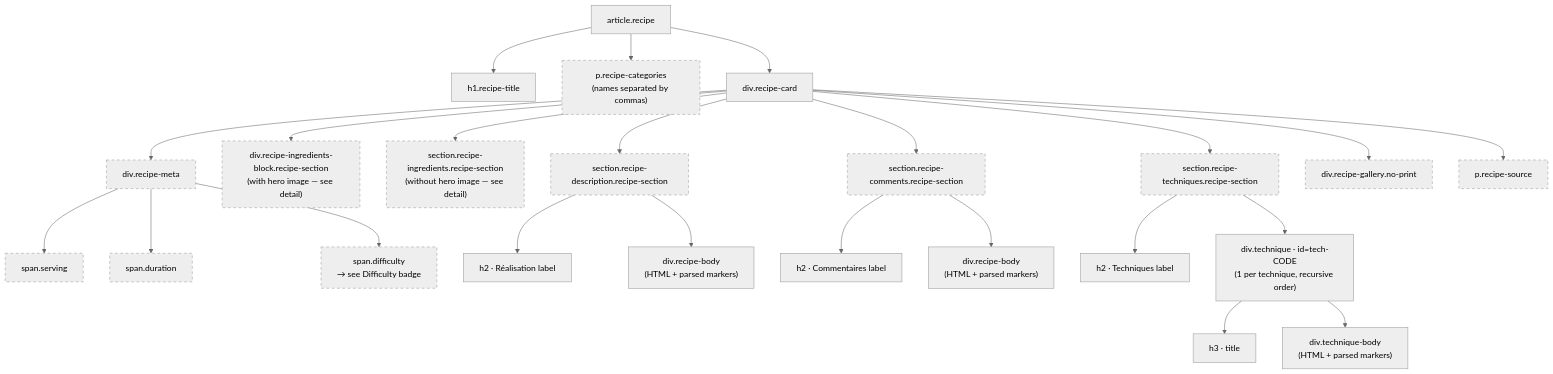
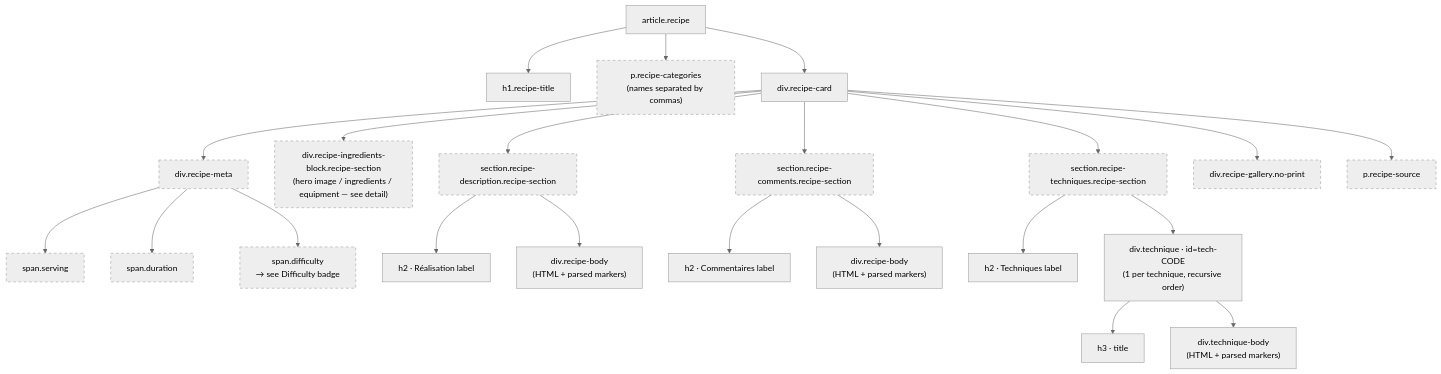
Before and after one commit to ppoilbarbe/PBRecipe: the first of 6 diagrams in docs/dom_recipe.rst, drawn with Mermaid (neutral theme). The commit also changed other lines of this file and 44 other files, not shown here.

```diff
--- a/docs/dom_recipe.rst
+++ b/docs/dom_recipe.rst
@@ -11,35 +11,34 @@
 .. mermaid::
 
    graph TD
        classDef opt stroke-dasharray:5 5
 
        article["article.recipe"]
 
        article --> h1["h1.recipe-title"]
        article --> cats["p.recipe-categories<br/>(names separated by commas)"]:::opt
        article --> card["div.recipe-card"]
 
        card --> meta["div.recipe-meta"]:::opt
-       card --> ingblock["div.recipe-ingredients-block.recipe-section<br/>(with hero image — see detail)"]:::opt
-       card --> ingsect["section.recipe-ingredients.recipe-section<br/>(without hero image — see detail)"]:::opt
+       card --> ingblock["div.recipe-ingredients-block.recipe-section<br/>(hero image / ingredients / equipment — see detail)"]:::opt
        card --> desc["section.recipe-description.recipe-section"]:::opt
        card --> comm["section.recipe-comments.recipe-section"]:::opt
        card --> tech["section.recipe-techniques.recipe-section"]:::opt
        card --> gallery["div.recipe-gallery.no-print"]:::opt
        card --> source["p.recipe-source"]:::opt
 
        meta --> serving["span.serving"]:::opt
        meta --> duration["span.duration"]:::opt
        meta --> diff["span.difficulty<br/>→ see Difficulty badge"]:::opt
 
        desc --> h2desc["h2 · Réalisation label"]
        desc --> bdesc["div.recipe-body<br/>(HTML + parsed markers)"]
 
        comm --> h2comm["h2 · Commentaires label"]
        comm --> bcomm["div.recipe-body<br/>(HTML + parsed markers)"]
 
        tech --> h2tech["h2 · Techniques label"]
        tech --> techitem["div.technique · id=tech-CODE<br/>(1 per technique, recursive order)"]
 
        techitem --> h3["h3 · title"]
        techitem --> tbody["div.technique-body<br/>(HTML + parsed markers)"]
```
